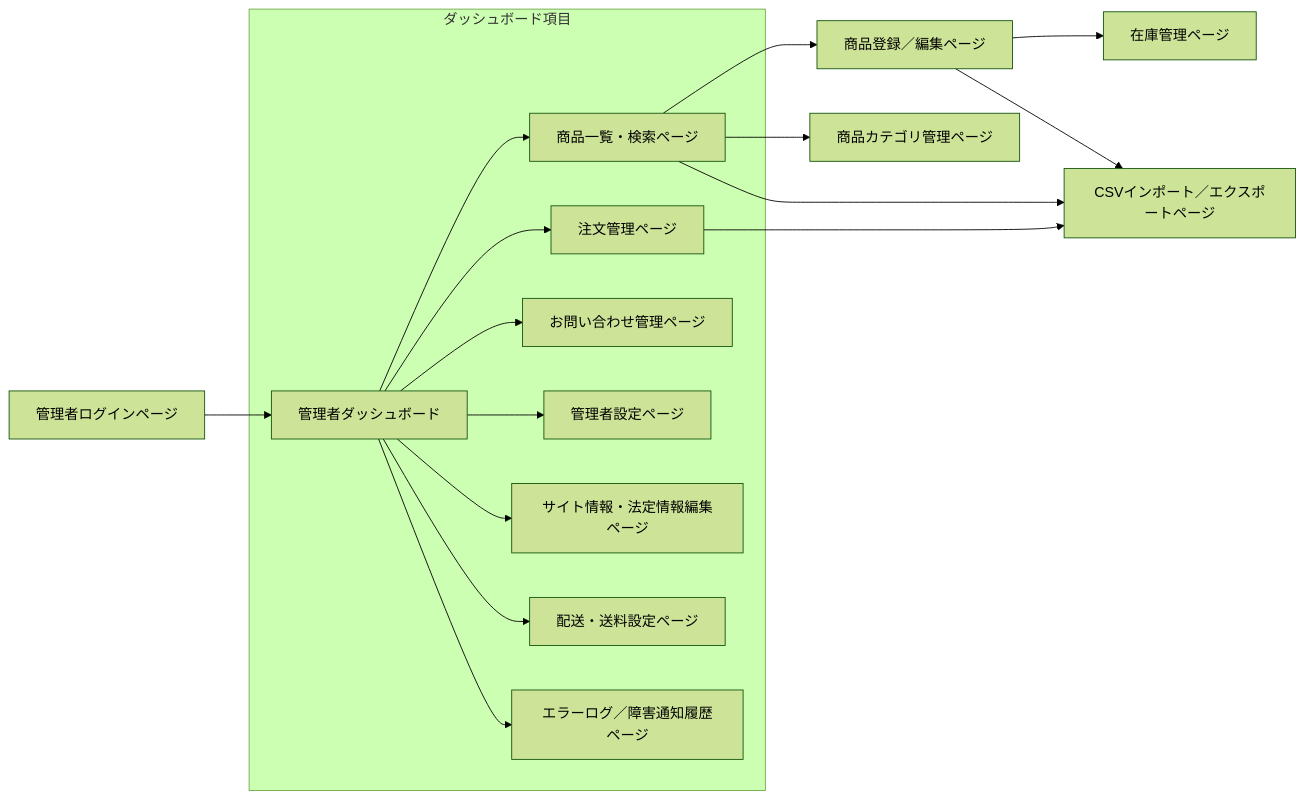
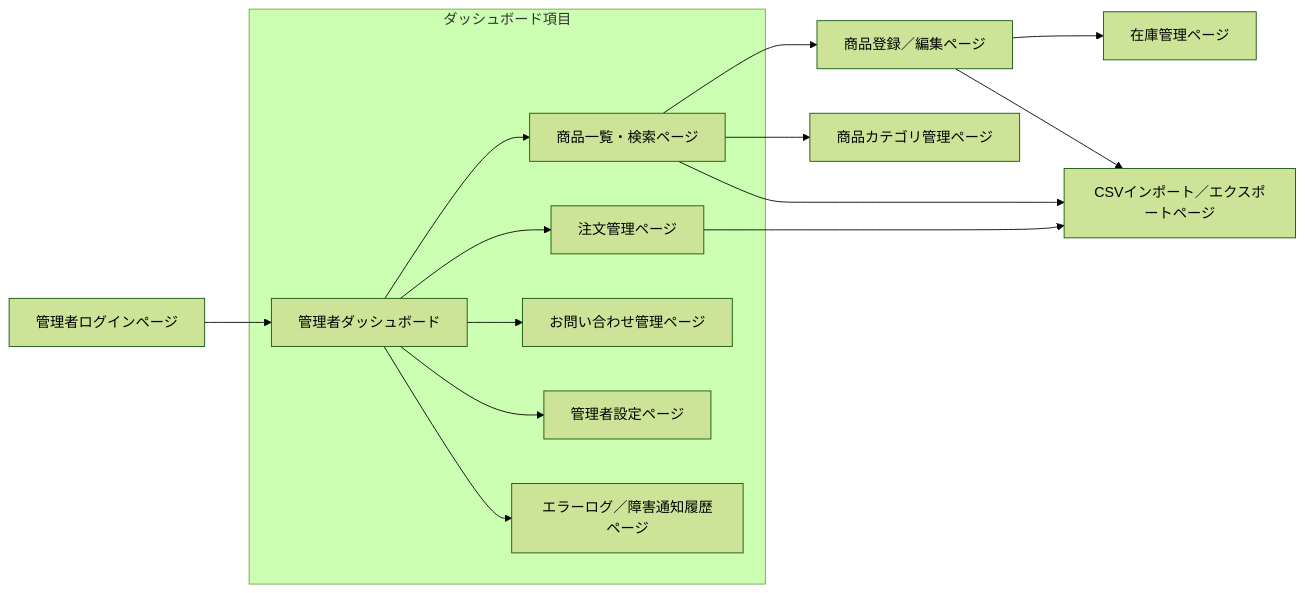
The diagram in 基本設計/画面設計/画面遷移図/管理画面遷移図.md (Aoi-Yaegashi/teamF), drawn with Mermaid (forest theme) before and after one commit. The commit also changed 1 other file, not shown here.

Commit message:
管理者の配送料とサイト編集画面削除

````diff
--- a/基本設計/画面設計/画面遷移図/管理画面遷移図.md
+++ b/基本設計/画面設計/画面遷移図/管理画面遷移図.md
@@ -1,35 +1,29 @@
 ```mermaid
 graph LR
 
 %% ログイン
 A01[管理者ログインページ] --> A02[管理者ダッシュボード]
 
 subgraph ダッシュボード項目
 %% ダッシュボードからの遷移
 A02 --> A03[商品一覧・検索ページ]
 A02 --> A06[注文管理ページ]
 A02 --> A11[お問い合わせ管理ページ]
 A02 --> A12[管理者設定ページ]
-
-%%% サイト・法定情報関連
-A02 --> A09[サイト情報・法定情報編集ページ]
-
-%%% 配送設定
-A02 --> A08[配送・送料設定ページ]
 
 %%% 管理者設定など
 A02 --> A13[エラーログ／障害通知履歴ページ]
 end
 
 %% 商品関連
 A03 --> A04[商品登録／編集ページ]
 A04 --> A07[在庫管理ページ]
 A03 --> A05[商品カテゴリ管理ページ]
 A03 --> A10[CSVインポート／エクスポートページ]
 
 %% 注文管理
 A06 --> A10
 
 %% CSV関連（商品/注文から遷移可能）
 A04 --> A10
 ```
````
